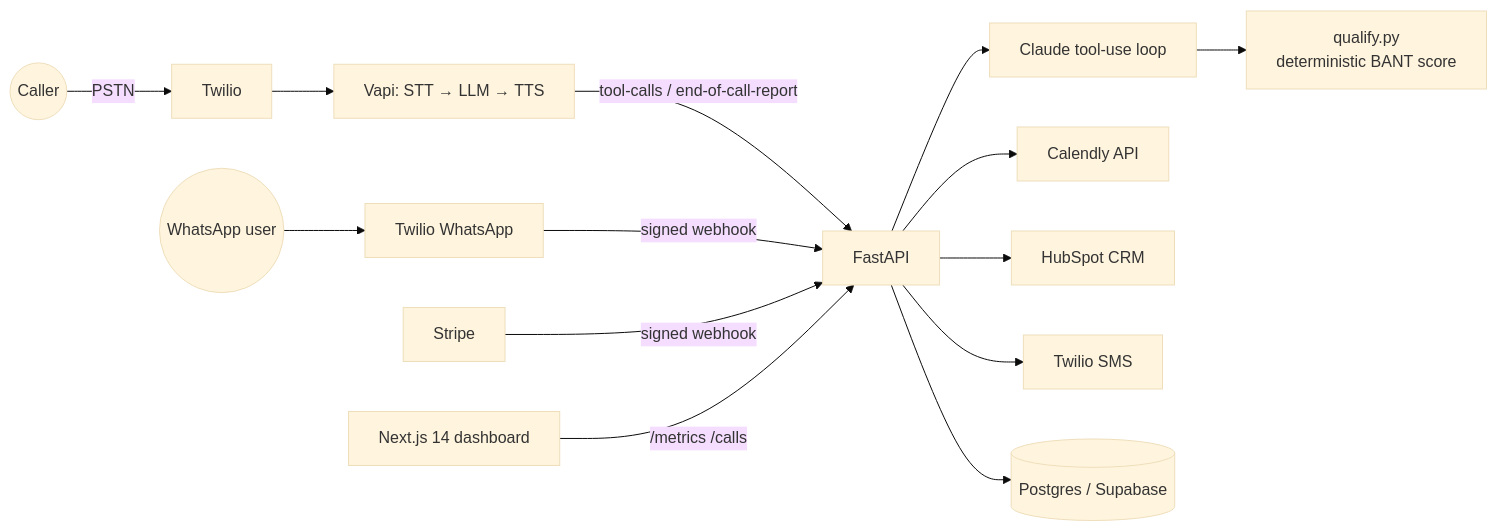
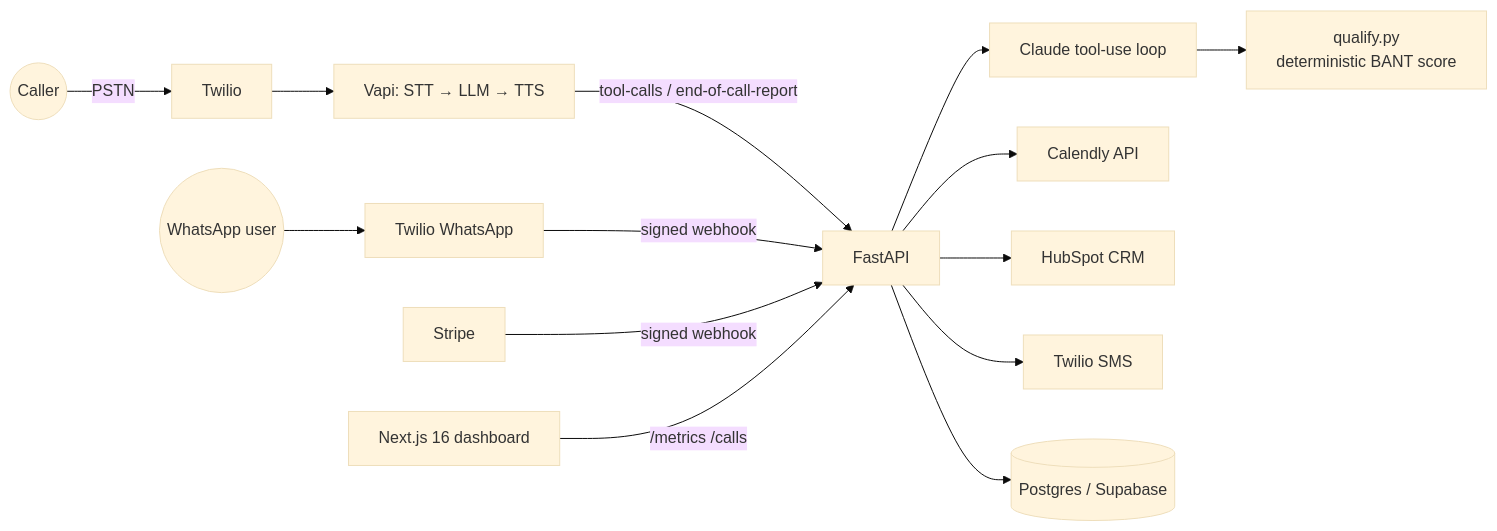
The diagram in README.md (shirazdasilva6-ui/ai-voice-operator), drawn with Mermaid (base theme) before and after one commit. The commit also changed other lines of this file and 3 other files, not shown here.

First line of the commit message:
chore(deps): migrate dashboard to Next 16, React 19, Node 24

````diff
--- a/README.md
+++ b/README.md
@@ -41,15 +41,15 @@
 ```mermaid
 flowchart LR
   Caller((Caller)) -->|PSTN| Twilio
   Twilio --> Vapi[Vapi: STT → LLM → TTS]
   Vapi -->|tool-calls / end-of-call-report| API
   WA((WhatsApp user)) --> TwilioWA[Twilio WhatsApp] -->|signed webhook| API
   API[FastAPI] --> Agent[Claude tool-use loop]
   Agent --> Q[qualify.py<br/>deterministic BANT score]
   API --> Cal[Calendly API]
   API --> HS[HubSpot CRM]
   API --> SMS[Twilio SMS]
   API --> DB[(Postgres / Supabase)]
   Stripe -->|signed webhook| API
-  Web[Next.js 14 dashboard] -->|/metrics /calls| API
+  Web[Next.js 16 dashboard] -->|/metrics /calls| API
 ```
````
